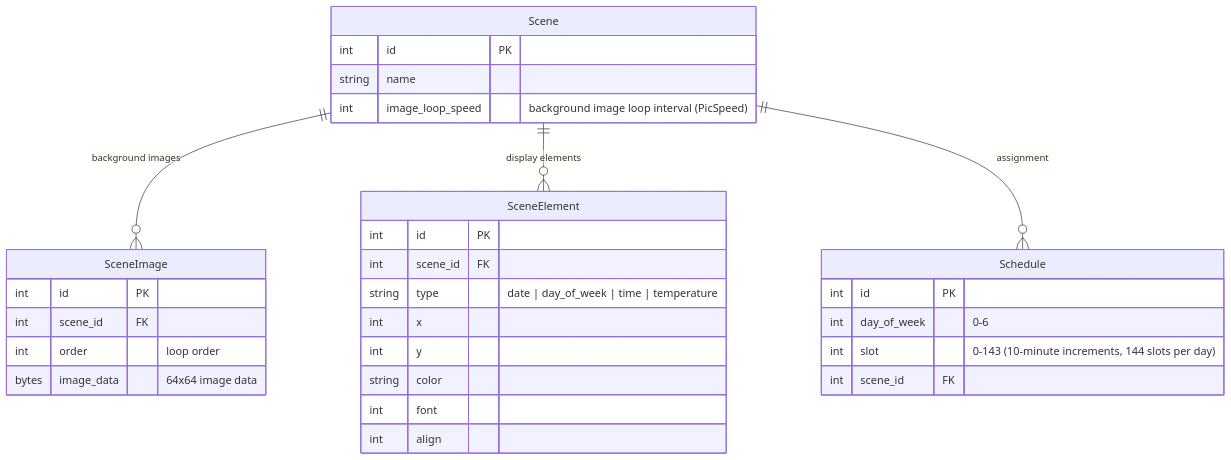
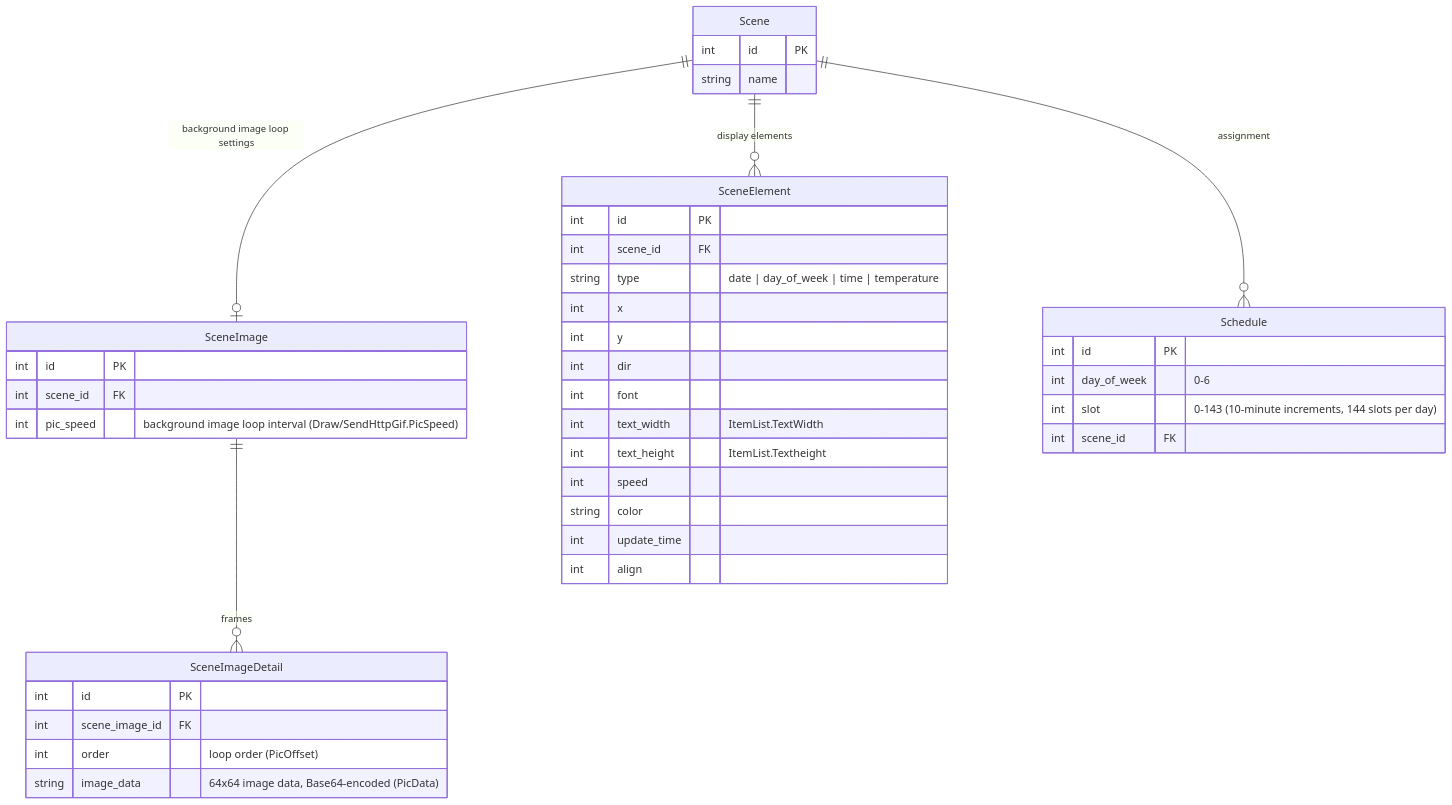
Before and after one commit to leon0128/PixooController_v2: the second of 2 diagrams in README.md, drawn with Mermaid. The commit also changed other lines of this file and 46 other files, not shown here.

````diff
--- a/README.md
+++ b/README.md
@@ -77,37 +95,48 @@
 ```mermaid
 erDiagram
-    Scene ||--o{ SceneImage : "background images"
+    Scene ||--o| SceneImage : "background image loop settings"
+    SceneImage ||--o{ SceneImageDetail : "frames"
     Scene ||--o{ SceneElement : "display elements"
     Scene ||--o{ Schedule : "assignment"
 
     Scene {
         int id PK
         string name
-        int image_loop_speed "background image loop interval (PicSpeed)"
     }
 
     SceneImage {
         int id PK
         int scene_id FK
-        int order "loop order"
-        bytes image_data "64x64 image data"
+        int pic_speed "background image loop interval (Draw/SendHttpGif.PicSpeed)"
+    }
+
+    SceneImageDetail {
+        int id PK
+        int scene_image_id FK
+        int order "loop order (PicOffset)"
+        string image_data "64x64 image data, Base64-encoded (PicData)"
     }
 
     SceneElement {
         int id PK
         int scene_id FK
         string type "date | day_of_week | time | temperature"
         int x
         int y
+        int dir
+        int font
+        int text_width "ItemList.TextWidth"
+        int text_height "ItemList.Textheight"
+        int speed
         string color
-        int font
+        int update_time
         int align
     }
 
     Schedule {
         int id PK
         int day_of_week "0-6"
         int slot "0-143 (10-minute increments, 144 slots per day)"
         int scene_id FK
     }
 ```
````
